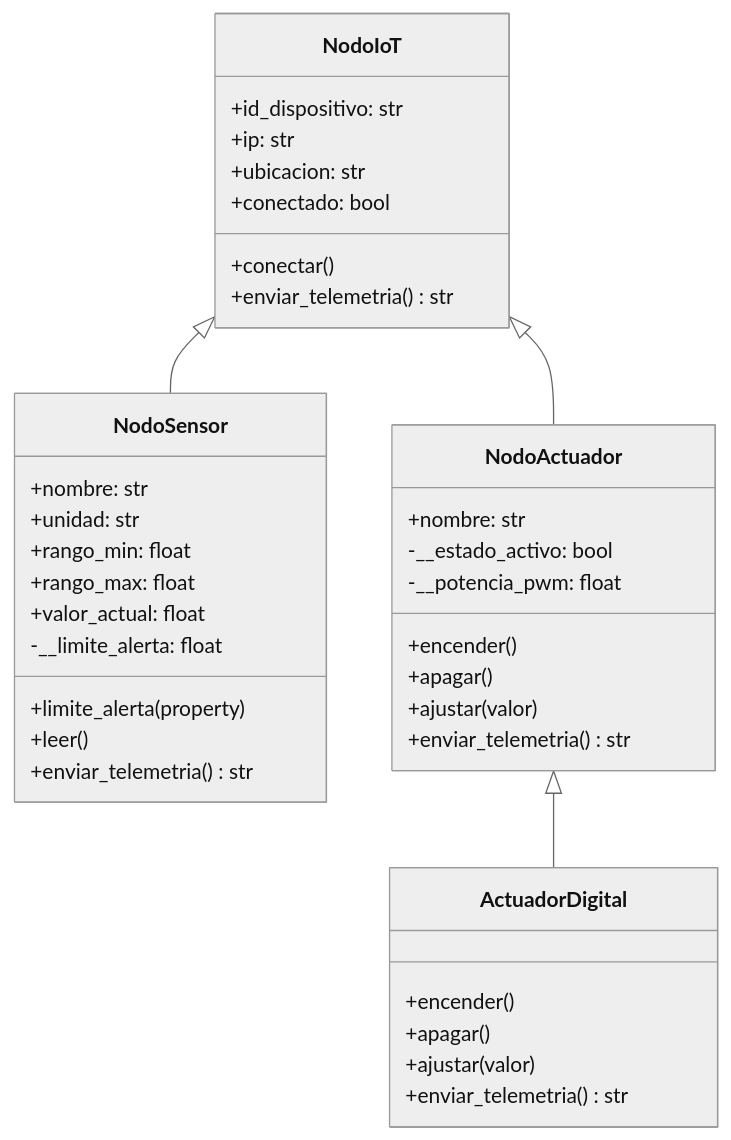
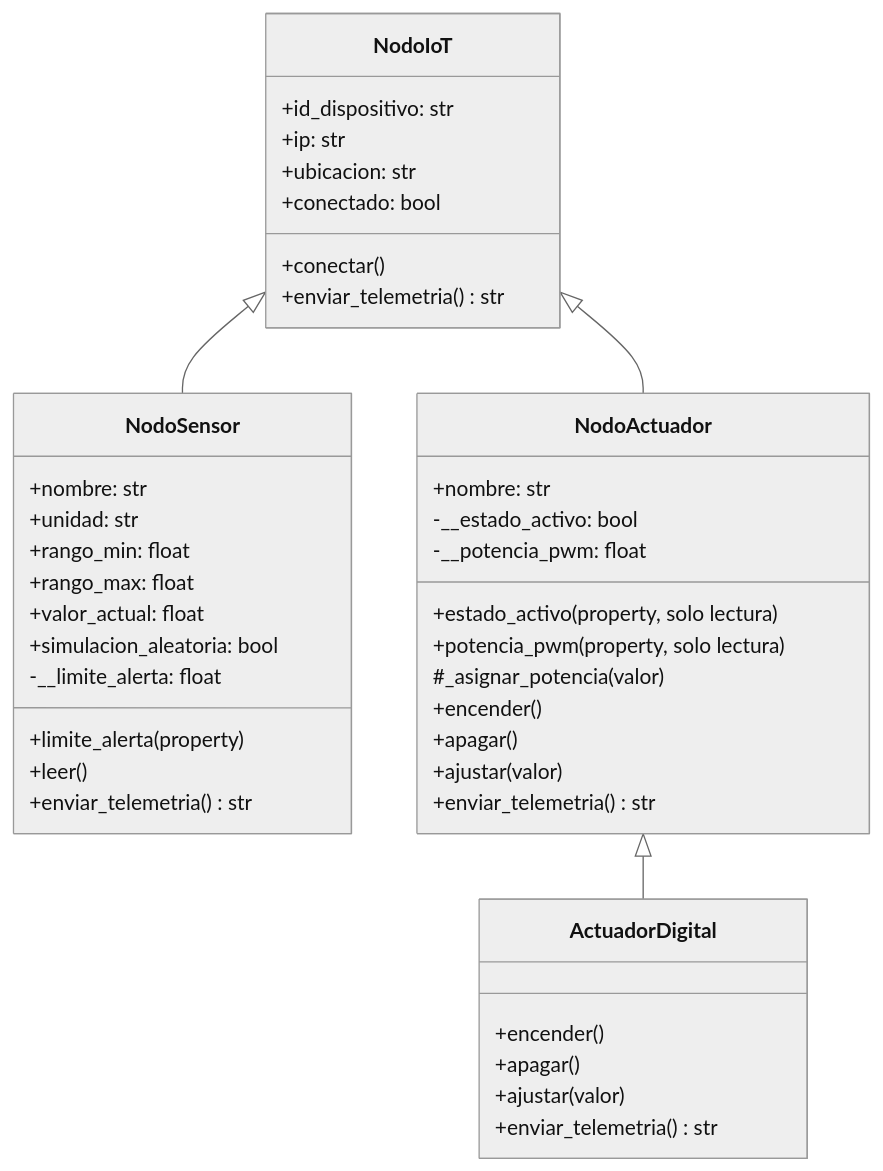
One commit to Mark0-9843/POO_markoboquinechoclojesu changed the diagram in practica-02/README.md. Above: the diagram before and after it, drawn with Mermaid (neutral theme). The commit also changed other lines of this file, not shown here.

````diff
--- a/practica-02/README.md
+++ b/practica-02/README.md
@@ -19,40 +19,44 @@
 ```mermaid
 classDiagram
     class NodoIoT {
         +id_dispositivo: str
         +ip: str
         +ubicacion: str
         +conectado: bool
         +conectar()
         +enviar_telemetria() str
     }
     class NodoSensor {
         +nombre: str
         +unidad: str
         +rango_min: float
         +rango_max: float
         +valor_actual: float
+        +simulacion_aleatoria: bool
         -__limite_alerta: float
         +limite_alerta (property)
         +leer()
         +enviar_telemetria() str
     }
     class NodoActuador {
         +nombre: str
         -__estado_activo: bool
         -__potencia_pwm: float
+        +estado_activo (property, solo lectura)
+        +potencia_pwm (property, solo lectura)
+        #_asignar_potencia(valor)
         +encender()
         +apagar()
         +ajustar(valor)
         +enviar_telemetria() str
     }
     class ActuadorDigital {
         +encender()
         +apagar()
         +ajustar(valor)
         +enviar_telemetria() str
     }
     NodoIoT <|-- NodoSensor
     NodoIoT <|-- NodoActuador
     NodoActuador <|-- ActuadorDigital
 ```
````
